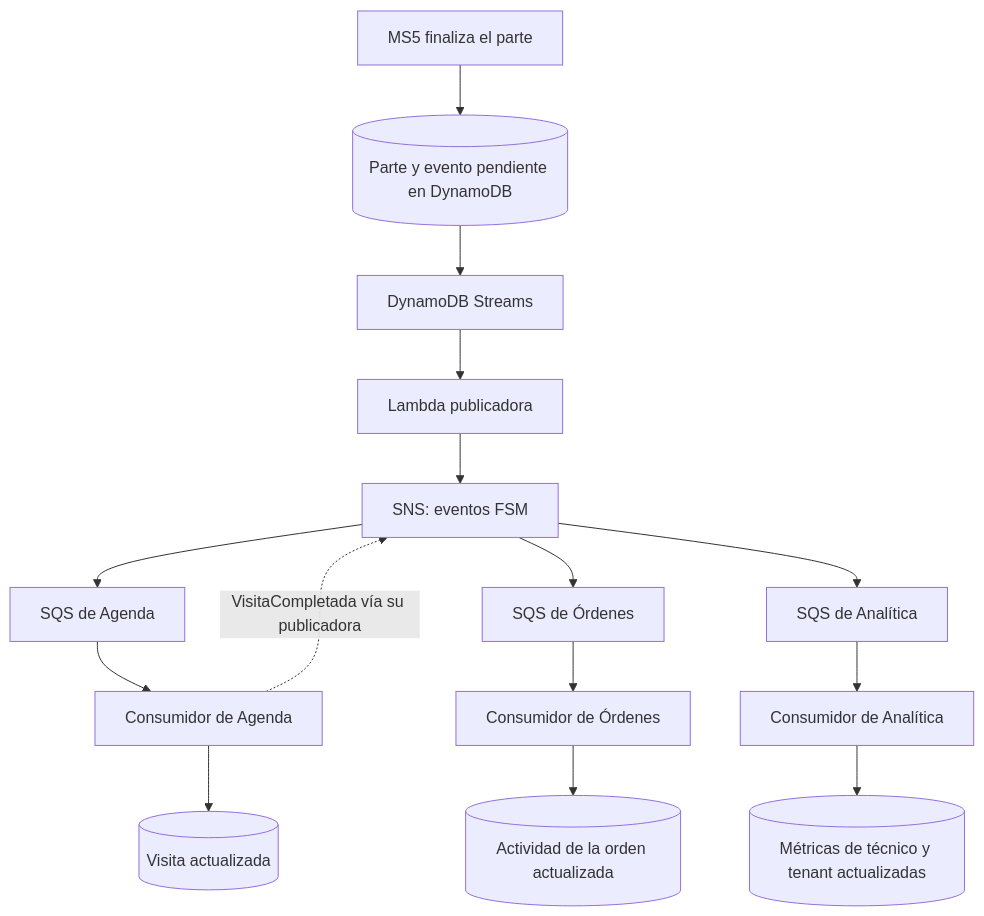
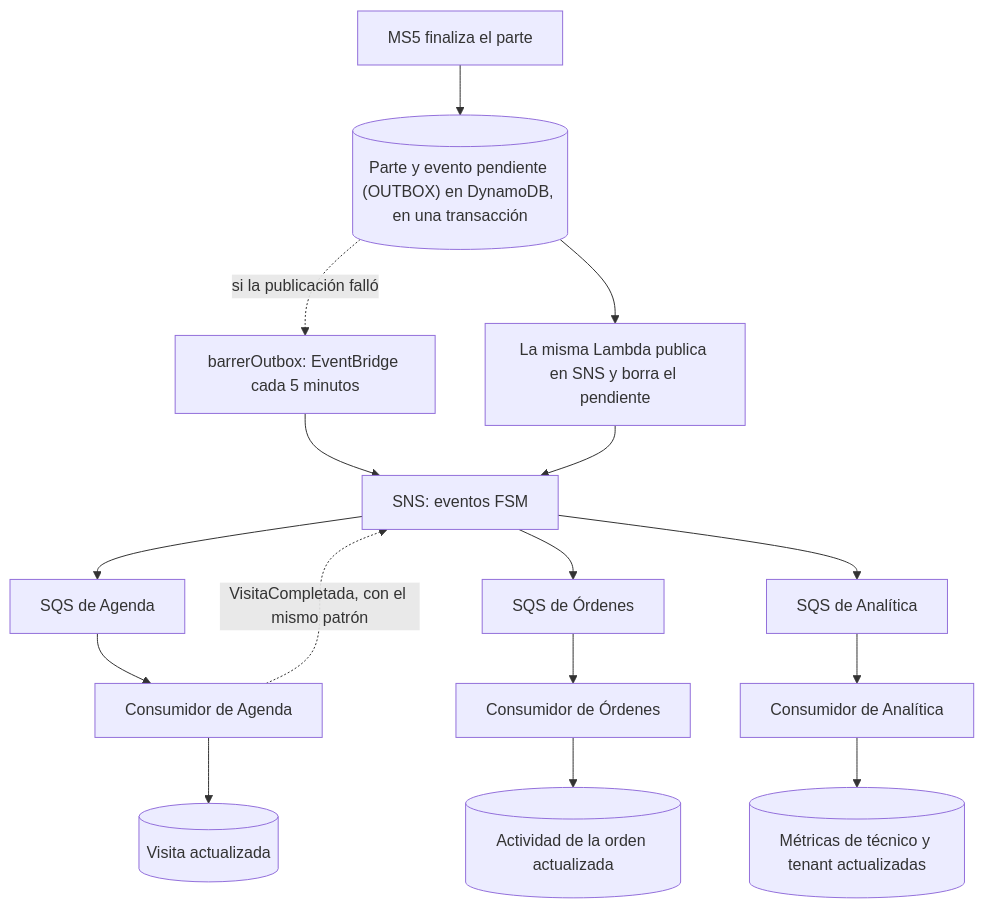
Before and after one commit to rvcuba-utec/cloud-project-v2: the third of 12 diagrams in ideas/proposal.md, drawn with Mermaid. The commit also changed other lines of this file and 25 other files, not shown here.

First line of the commit message:
docs: arquitectura, propuesta y diagrama según lo desplegado; API, datos, demo y evidencias

````diff
--- a/ideas/proposal.md
+++ b/ideas/proposal.md
@@ -320,17 +320,18 @@
 ```mermaid
 flowchart TD
-    P["MS5 finaliza el parte"] --> DB[("Parte y evento pendiente en DynamoDB")]
-    DB --> ST["DynamoDB Streams"]
-    ST --> PUB["Lambda publicadora"]
+    P["MS5 finaliza el parte"] --> DB[("Parte y evento pendiente (OUTBOX) en DynamoDB, en una transacción")]
+    DB --> PUB["La misma Lambda publica en SNS y borra el pendiente"]
+    DB -. "si la publicación falló" .-> BAR["barrerOutbox: EventBridge cada 5 minutos"]
+    BAR --> SNS
     PUB --> SNS["SNS: eventos FSM"]
     SNS --> QA["SQS de Agenda"]
     SNS --> QO["SQS de Órdenes"]
-    SNS --> QN["SQS de Analítica"]
     QA --> CA["Consumidor de Agenda"]
     QO --> CO["Consumidor de Órdenes"]
-    QN --> CN["Consumidor de Analítica"]
     CA --> DA[("Visita actualizada")]
     CO --> DO[("Actividad de la orden actualizada")]
+    CA -. "VisitaCompletada, con el mismo patrón" .-> SNS
+    SNS --> QN["SQS de Analítica"]
+    QN --> CN["Consumidor de Analítica"]
     CN --> DN[("Métricas de técnico y tenant actualizadas")]
-    CA -. "VisitaCompletada vía su publicadora" .-> SNS
 ```
````
